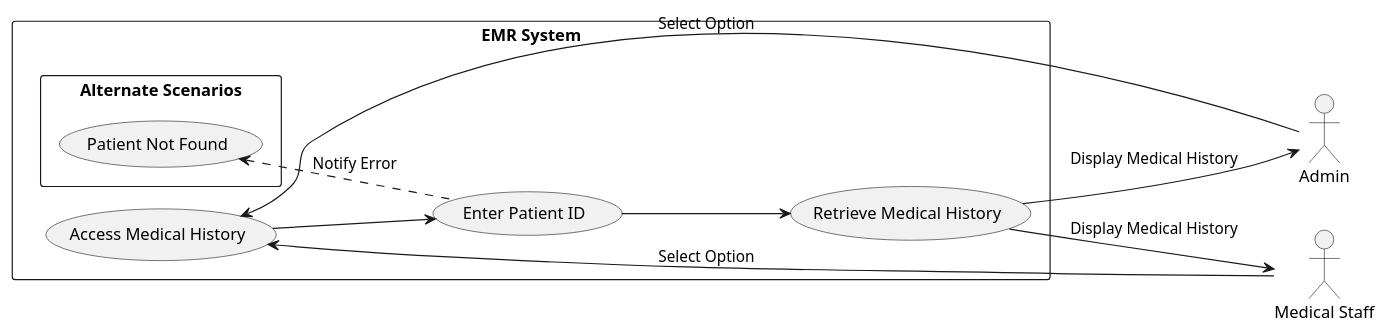
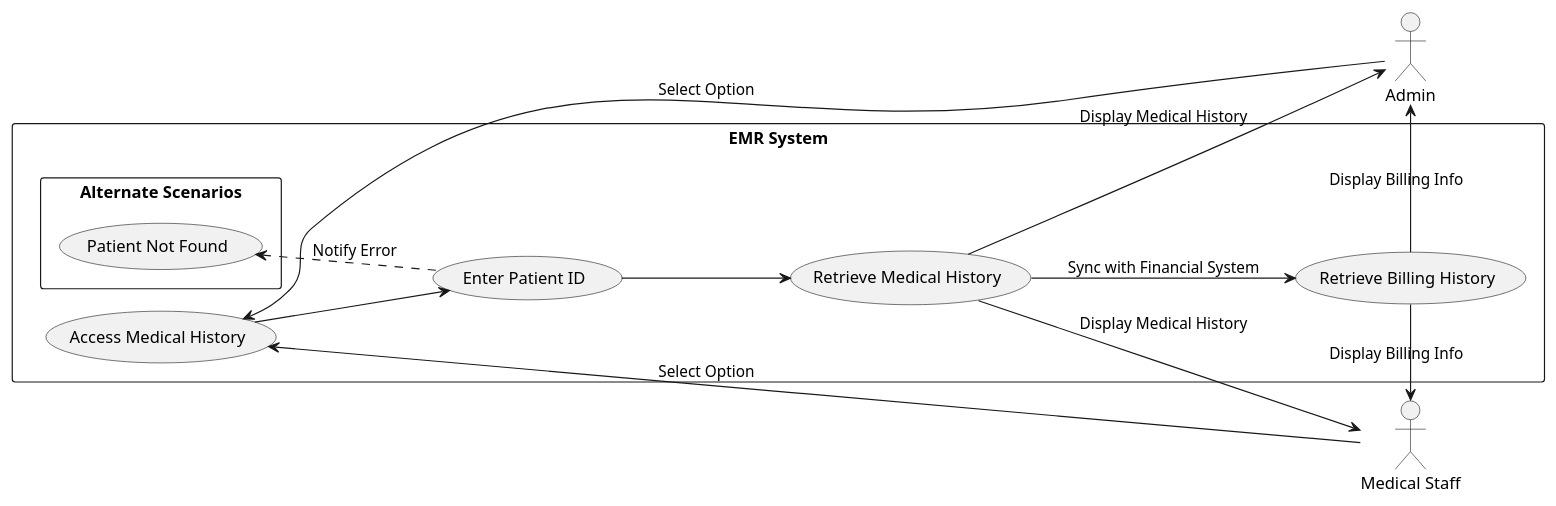
Before and after one commit to malak-elbanna/Usecases_Reqs: the diagram in AccessMedicalHistory/diagram.puml, drawn with PlantUML. The commit also changed 16 other files, not shown here.

```diff
--- a/AccessMedicalHistory/diagram.puml
+++ b/AccessMedicalHistory/diagram.puml
@@ -1,19 +1,22 @@
 @startuml
 left to right direction
 actor Admin
 actor "Medical Staff" as Staff
+left to right direction
 
 rectangle "EMR System" {
     Admin --> (Access Medical History) : Select Option
     Staff --> (Access Medical History) : Select Option
     (Access Medical History) --> (Enter Patient ID)
     (Enter Patient ID) --> (Retrieve Medical History)
     (Retrieve Medical History) --> Admin : Display Medical History
     (Retrieve Medical History) --> Staff : Display Medical History
+    (Retrieve Medical History) --> (Retrieve Billing History) : Sync with Financial System
+    (Retrieve Billing History) --> Admin : Display Billing Info
+    (Retrieve Billing History) --> Staff : Display Billing Info
 
     rectangle "Alternate Scenarios" {
         (Patient Not Found) <.. (Enter Patient ID) : Notify Error
-
     }
 }
 @enduml
```
